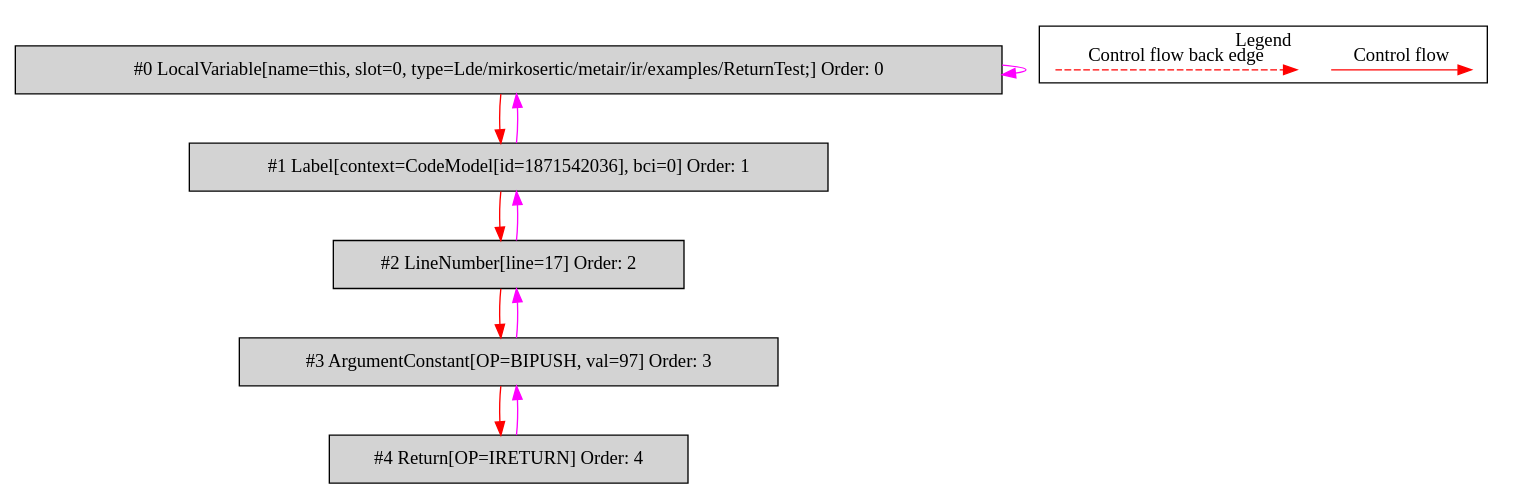
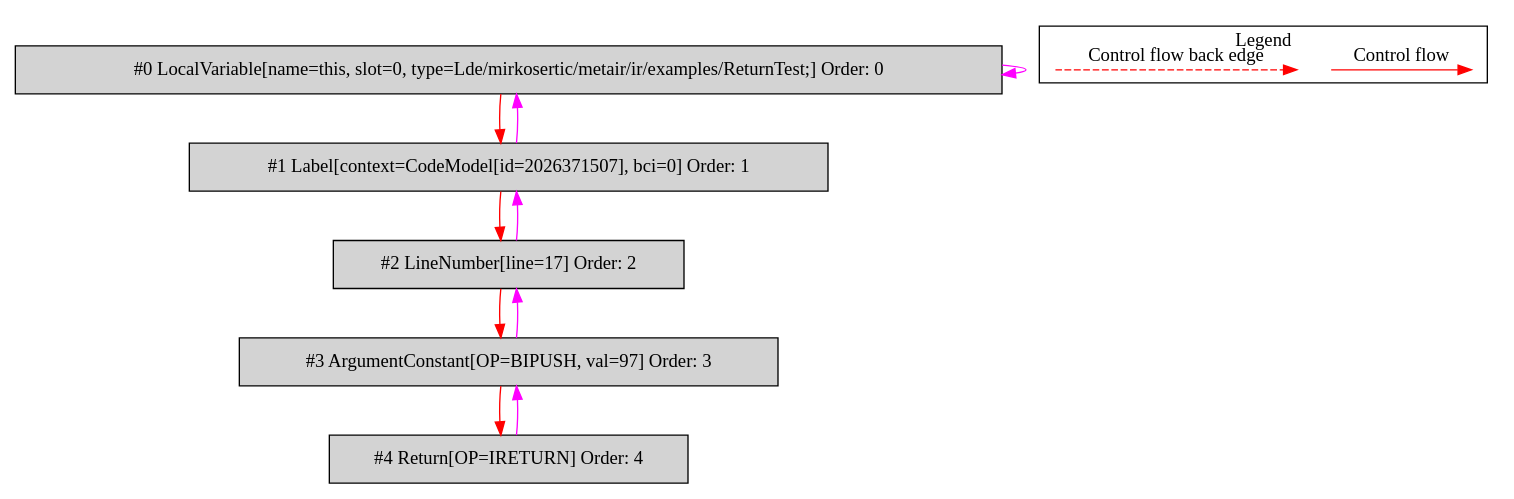
Before and after one commit to mirkosertic/MetaIR: the diagram in de.mirkosertic.metair.ir.examples.ReturnTest/returnChar/bytecodecfg.dot, drawn with Graphviz. The commit also changed 1281 other files, not shown here.

```diff
--- a/de.mirkosertic.metair.ir.examples.ReturnTest/returnChar/bytecodecfg.dot
+++ b/de.mirkosertic.metair.ir.examples.ReturnTest/returnChar/bytecodecfg.dot
@@ -1,31 +1,31 @@
 digraph {
  ordering="in";
  node0[label="#0 LocalVariable[name=this, slot=0, type=Lde/mirkosertic/metair/ir/examples/ReturnTest;] Order: 0", shape=box, fillcolor=lightgrey, style=filled];
- node1[label="#1 Label[context=CodeModel[id=1871542036], bci=0] Order: 1", shape=box, fillcolor=lightgrey, style=filled];
+ node1[label="#1 Label[context=CodeModel[id=2026371507], bci=0] Order: 1", shape=box, fillcolor=lightgrey, style=filled];
  node2[label="#2 LineNumber[line=17] Order: 2", shape=box, fillcolor=lightgrey, style=filled];
  node3[label="#3 ArgumentConstant[OP=BIPUSH, val=97] Order: 3", shape=box, fillcolor=lightgrey, style=filled];
  node4[label="#4 Return[OP=IRETURN] Order: 4", shape=box, fillcolor=lightgrey, style=filled];
  node0 -> node0[color=fuchsia];
  node0 -> node1[color=red];
  node1 -> node0[color=fuchsia];
  node1 -> node2[color=red];
  node2 -> node1[color=fuchsia];
  node2 -> node3[color=red];
  node3 -> node2[color=fuchsia];
  node3 -> node4[color=red];
  node4 -> node3[color=fuchsia];
  subgraph cluster_000 {
   label = "Legend";
   node [shape=point]
   {
    rank=same;
    c0 [style = invis];
    c1 [style = invis];
    c2 [style = invis];
    c3 [style = invis];
   }
   c0 -> c1 [label="Control flow", style=solid, color=red]
   c2 -> c3 [label="Control flow back edge", style=dashed, color=red]
  }
 
 }
```
